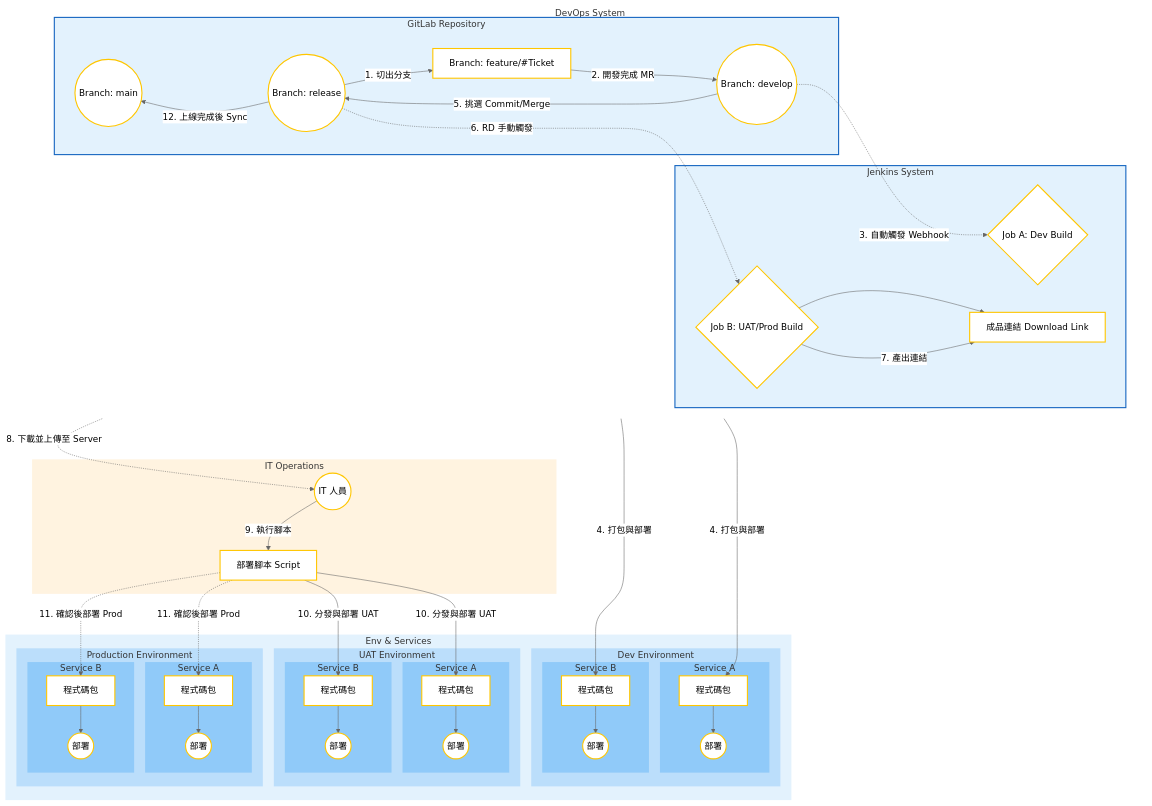
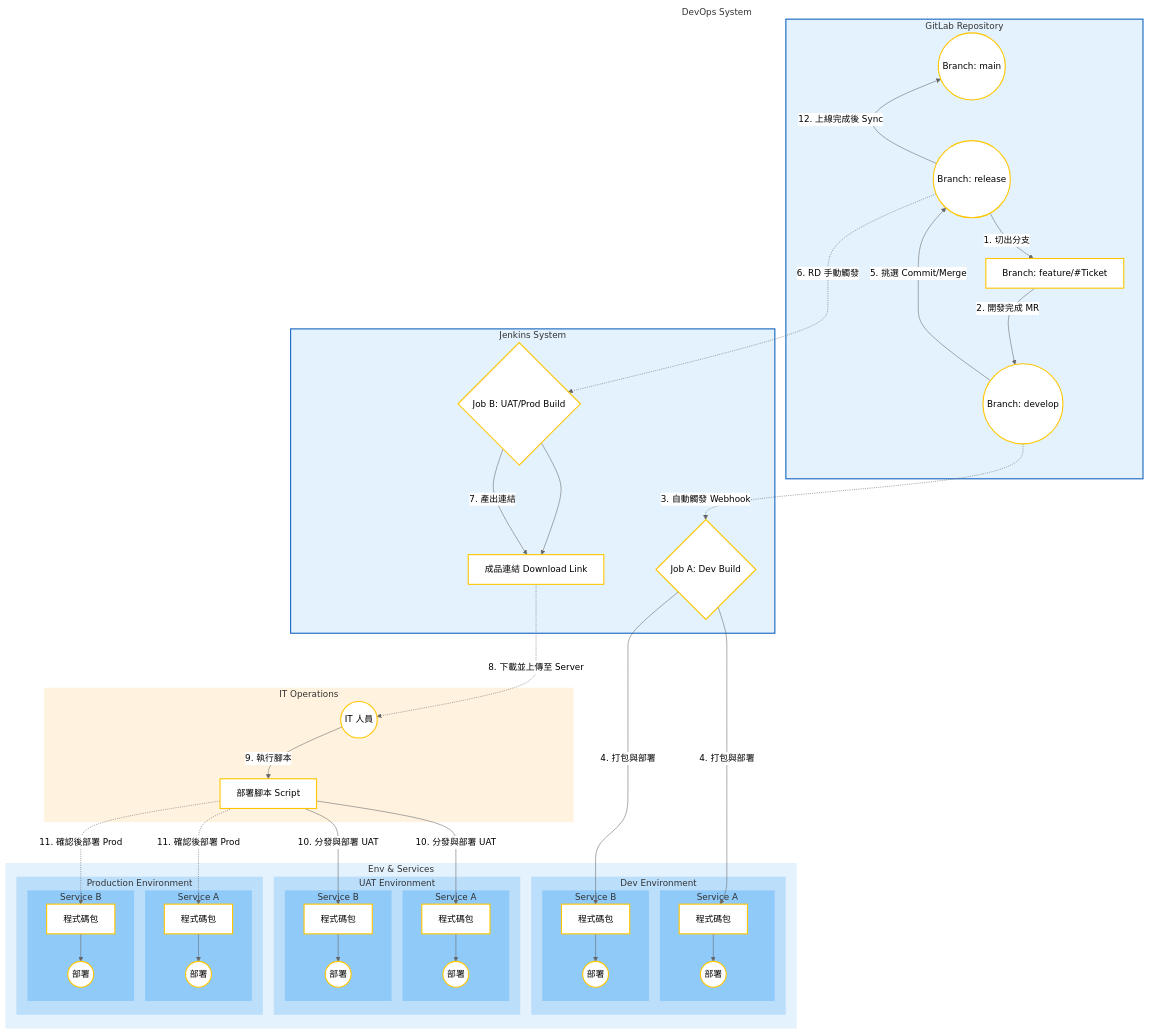
Before and after one commit to almightyken0425/KnowledgeVault: the second of 2 diagrams in SIT/ReleaseWorkFlow.md, drawn with Mermaid (neutral theme).

```diff
--- a/SIT/ReleaseWorkFlow.md
+++ b/SIT/ReleaseWorkFlow.md
@@ -57,7 +57,7 @@
 
     %% 節點定義
     subgraph DevOps [DevOps System]
-        direction LR
+        %% direction LR  <-- Removed to default to TB (Top-Bottom) for vertical stacking
         subgraph Git_Repo [GitLab Repository]
             Main((Branch: main)):::branch
             Release((Branch: release)):::branch
@@ -143,9 +143,9 @@
 
     %% 佈局調整用隱藏線 Layout Helpers
     %% 強制將 Operations 推到 DevOps 下方
-    Feature ~~~ ITUser
+    %% Feature ~~~ ITUser  <-- Removed, let natural flow handle vertical stack
     JobB ~~~ ITUser
-    %% 強制 DevEnv 跟 UAT/Prod 同層 (因為 JobA 直連 Dev 可能會把 Dev 拉高)
+    %% 強制 DevEnv 跟 UAT/Prod 同層
     ITUser ~~~ DevPkgA
 
     %% Subgraph Styles
```
